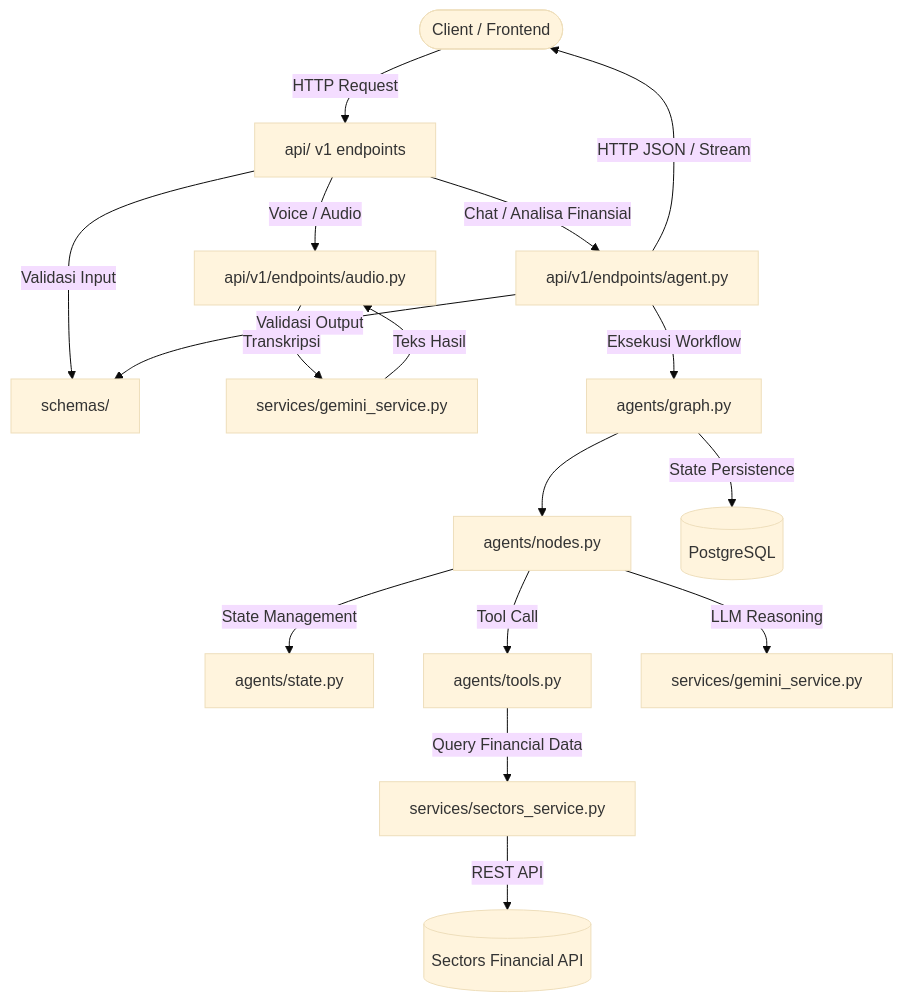
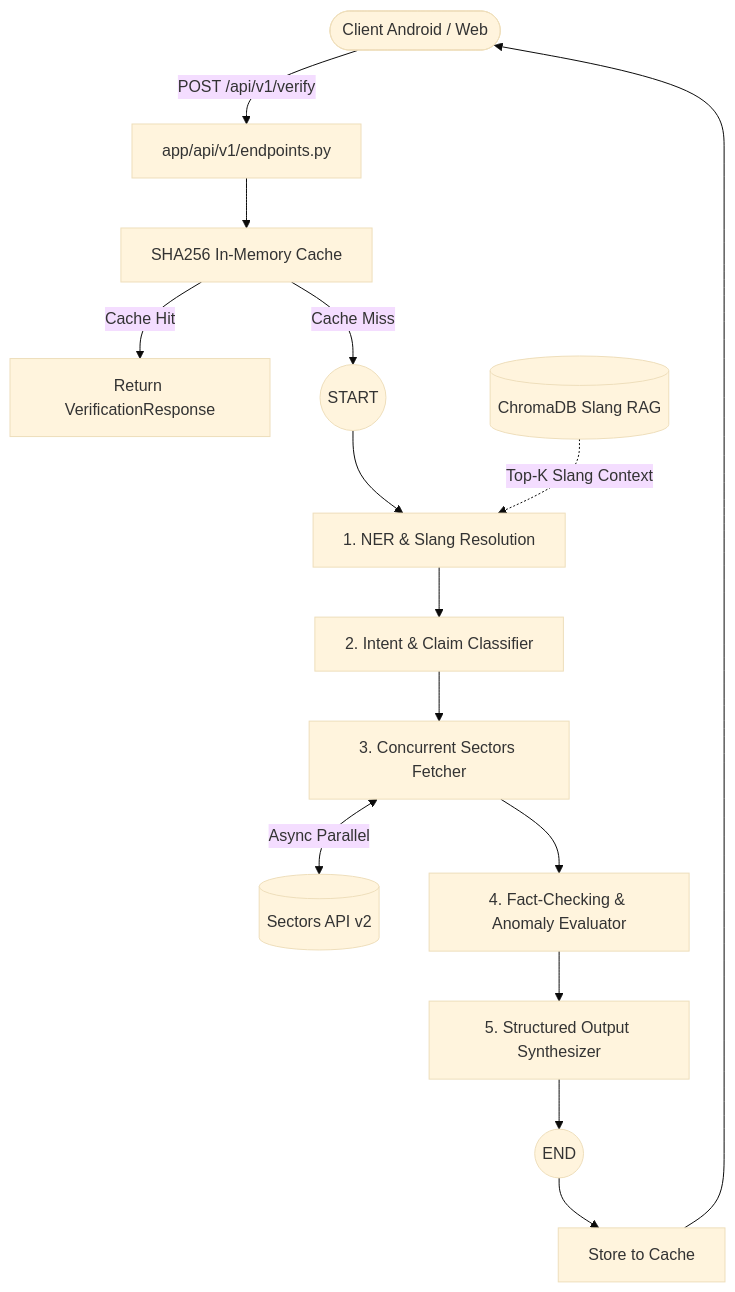
The diagram in AGENTS.md (sulthonaw/tilik-ai), drawn with Mermaid (base theme) before and after one commit. The commit also changed other lines of this file and 64 other files, not shown here.

Commit message:
feat: implement PRD v2.0.0 architecture with LangGraph, Sectors API v2, Slang RAG, and dual-level payload

````diff
--- a/AGENTS.md
+++ b/AGENTS.md
@@ -112,27 +100,21 @@
 ```mermaid
 flowchart TD
-    Client([Client / Frontend]) -->|HTTP Request| API[api/ v1 endpoints]
+    Client([Client Android / Web]) -->|POST /api/v1/verify| VerifyEndpoint[app/api/v1/endpoints.py]
     
-    API -->|Validasi Input| Schemas[schemas/]
+    VerifyEndpoint --> Cache[SHA256 In-Memory Cache]
+    Cache -->|Cache Hit| ReturnCached[Return VerificationResponse]
+    Cache -->|Cache Miss| GraphStart((START))
     
-    API -->|Voice / Audio| AudioEndpoint[api/v1/endpoints/audio.py]
-    AudioEndpoint -->|Transkripsi| GeminiSvc[services/gemini_service.py]
-    GeminiSvc -->|Teks Hasil| AudioEndpoint
+    GraphStart --> NER[1. NER & Slang Resolution]
+    SlangRAG[(ChromaDB Slang RAG)] -.->|Top-K Slang Context| NER
+    NER --> Intent[2. Intent & Claim Classifier]
+    Intent --> Fetch[3. Concurrent Sectors Fetcher]
     
-    API -->|Chat / Analisa Finansial| AgentEndpoint[api/v1/endpoints/agent.py]
-    AgentEndpoint -->|Eksekusi Workflow| AgentGraph[agents/graph.py]
+    Fetch <-->|Async Parallel| SectorsAPI[(Sectors API v2)]
+    Fetch --> Eval[4. Fact-Checking & Anomaly Evaluator]
+    Eval --> Synth[5. Structured Output Synthesizer]
+    Synth --> GraphEnd((END))
     
-    AgentGraph --> Nodes[agents/nodes.py]
-    Nodes -->|State Management| State[agents/state.py]
-    Nodes -->|Tool Call| Tools[agents/tools.py]
-    
-    Tools -->|Query Financial Data| SectorsSvc[services/sectors_service.py]
-    SectorsSvc -->|REST API| SectorsAPI[(Sectors Financial API)]
-    
-    Nodes -->|LLM Reasoning| GeminiLLM[services/gemini_service.py]
-    
-    AgentGraph -->|State Persistence| DB[(PostgreSQL)]
-    
-    AgentEndpoint -->|Validasi Output| Schemas
-    AgentEndpoint -->|HTTP JSON / Stream| Client
+    GraphEnd --> StoreCache[Store to Cache]
+    StoreCache --> Client
 ```
````
